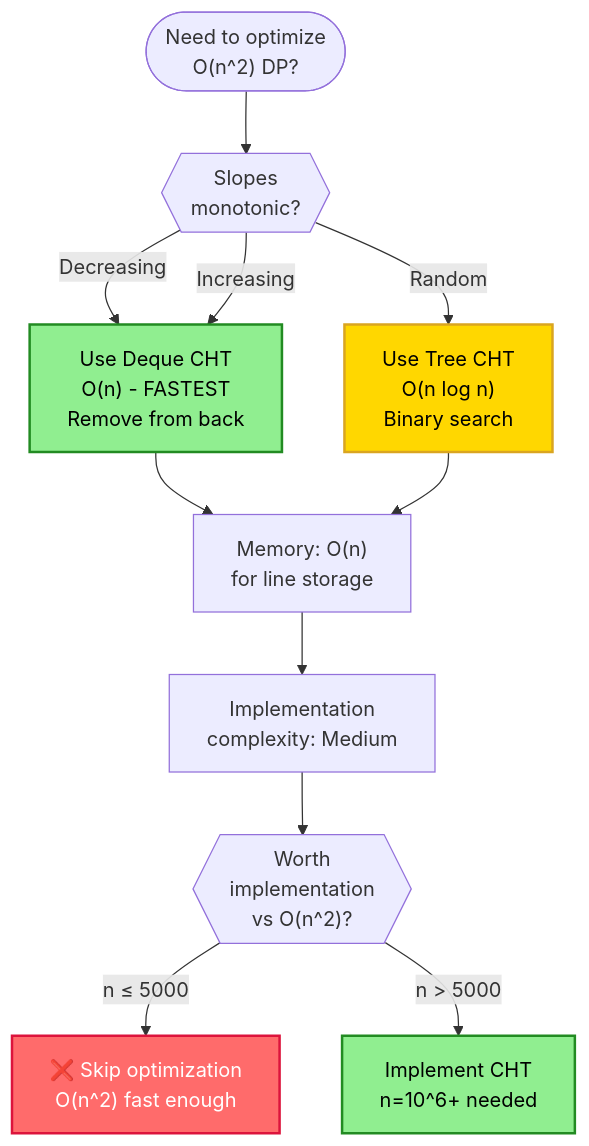
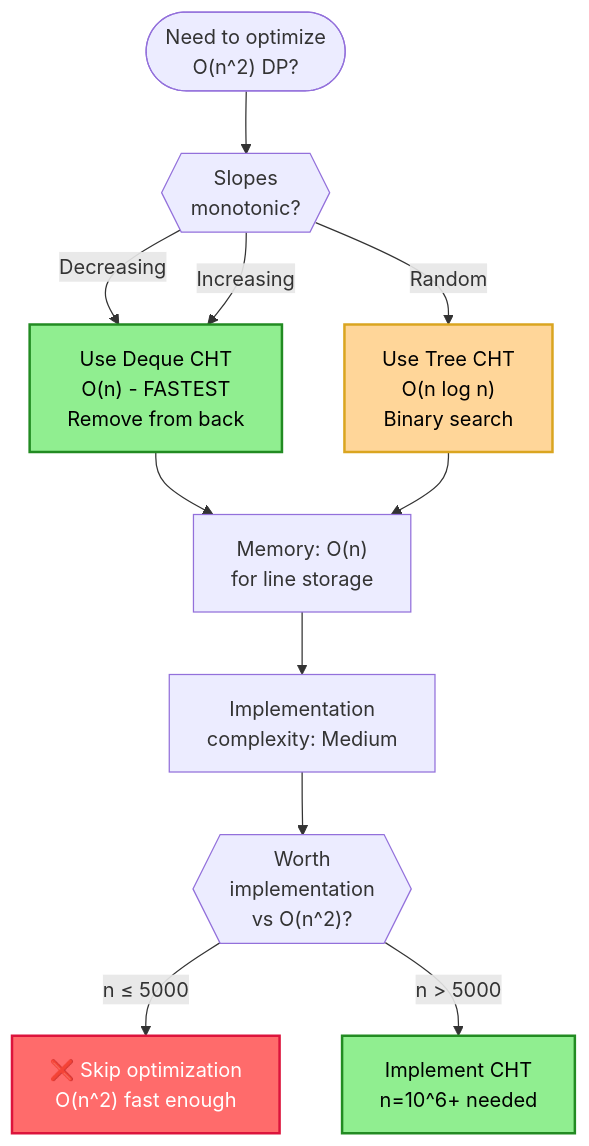
Before and after one commit to souradeepta/interviewprep: the fourth of 41 diagrams in docs/algorithms/advanced/advanced_algorithms.md, drawn with Mermaid. The commit also changed other lines of this file and 31 other files, not shown here.

Commit message:
updated graphs

````diff
--- a/docs/algorithms/advanced/advanced_algorithms.md
+++ b/docs/algorithms/advanced/advanced_algorithms.md
@@ -217,23 +217,23 @@
 ```mermaid
 flowchart TD
     Start(["Need to optimize<br/>O(n^2) DP?"]) --> Q1{{"Slopes<br/>monotonic?"}}
     Q1 -->|Decreasing| Deque["Use Deque CHT<br/>O(n) - FASTEST<br/>Remove from back"]
     Q1 -->|Increasing| Deque
     Q1 -->|Random| Tree["Use Tree CHT<br/>O(n log n)<br/>Binary search"]
     
     Deque --> Space["Memory: O(n)<br/>for line storage"]
     Tree --> Space
     Space --> Impl["Implementation<br/>complexity: Medium"]
     Impl --> Worth{{"Worth<br/>implementation<br/>vs O(n^2)?"}}
     Worth -->|n ≤ 5000| No["❌ Skip optimization<br/>O(n^2) fast enough"]
     Worth -->|n > 5000| Yes["Implement CHT<br/>n=10^6+ needed"]
     
-    classDef fast fill:#90EE90,stroke:#228B22,stroke-width:2px,color:#000
-    classDef medium fill:#FFD700,stroke:#DAA520,stroke-width:2px,color:#000
+    classDef fast fill:#90ee90,color:#000,stroke:#333,stroke-width:2px,stroke:#228B22,stroke-width:2px,color:#000
+    classDef medium fill:#ffd699,color:#000,stroke:#333,stroke-width:2px,stroke:#DAA520,stroke-width:2px,color:#000
     classDef skip fill:#FF6B6B,stroke:#DC143C,stroke-width:2px,color:#fff
     
     class Deque fast
     class Tree medium
     class No skip
     class Yes fast
 ```
````
